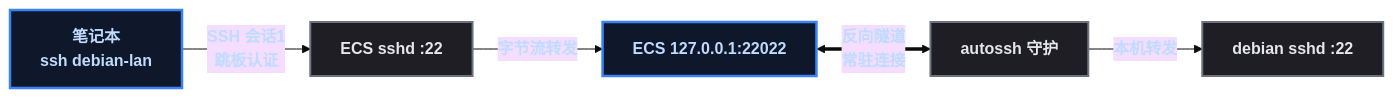
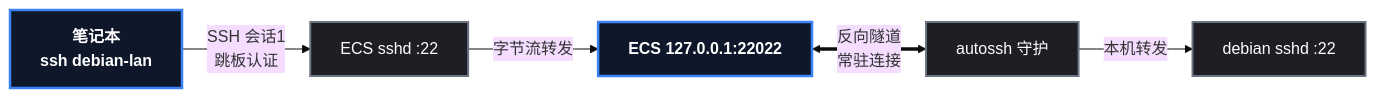
One commit to yaocat55/yaocat55.github.io changed the second of 2 diagrams in content/posts/linux/SSHReverseTunnelIntranetAccess.md. Above: the diagram before and after it, drawn with Mermaid (base theme). The commit also changed other lines of this file and 27 other files, not shown here.

Commit message:
docs: 全系列 93 张 Mermaid 图 classDef 改为 style 强制深底白字(修复部分渲染器白底浅字)+历史文件格式清理

````diff
--- a/content/posts/linux/SSHReverseTunnelIntranetAccess.md
+++ b/content/posts/linux/SSHReverseTunnelIntranetAccess.md
@@ -229,12 +227,12 @@
 ```mermaid
 flowchart LR
     L["笔记本\nssh debian-lan"] -->|"SSH 会话1\n跳板认证"| J["ECS sshd :22"]
     J -->|"字节流转发"| T["ECS 127.0.0.1:22022"]
     T <==>|"反向隧道\n常驻连接"| A["autossh 守护"]
     A -->|"本机转发"| D["debian sshd :22"]
-    classDef root fill:#0f172a,stroke:#3b82f6,stroke-width:2.5px,color:#bfdbfe,font-weight:bold;
-    classDef data fill:#052e16,stroke:#16a34a,stroke-width:2px,color:#bbf7d0,font-weight:bold;
-    classDef process fill:#1e1e24,stroke:#6b7280,stroke-width:2px,color:#e5e7eb;
-    class L,T root;
-    class J,A,D process;
+    style L fill:#0f172a,stroke:#3b82f6,stroke-width:2.5px,color:#ffffff,font-weight:bold
+    style T fill:#0f172a,stroke:#3b82f6,stroke-width:2.5px,color:#ffffff,font-weight:bold
+    style J fill:#1e1e24,stroke:#6b7280,stroke-width:2px,color:#ffffff
+    style A fill:#1e1e24,stroke:#6b7280,stroke-width:2px,color:#ffffff
+    style D fill:#1e1e24,stroke:#6b7280,stroke-width:2px,color:#ffffff
 ```
````
